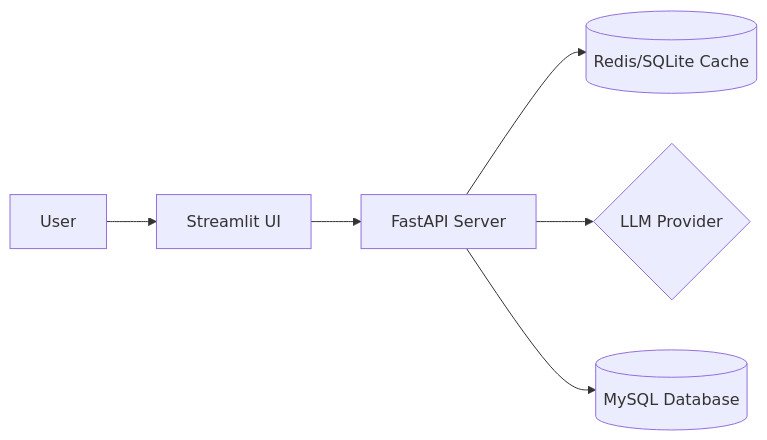
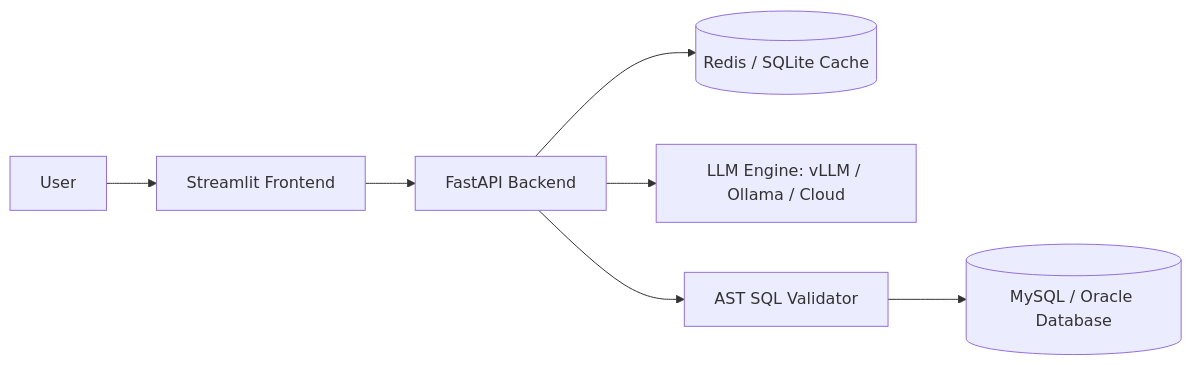
The diagram in README.md (jamrud007/mydb-chatbot), drawn with Mermaid before and after one commit. The commit also changed other lines of this file and 1 other file, not shown here.

````diff
--- a/README.md
+++ b/README.md
@@ -110,8 +23,9 @@
 ```mermaid
 graph LR
-    User[User] --> UI[Streamlit UI]
-    UI --> Backend[FastAPI Server]
-    Backend --> Cache[(Redis/SQLite Cache)]
-    Backend --> LLM{LLM Provider}
-    Backend --> DB[(MySQL Database)]
+    User[User] --> UI[Streamlit Frontend]
+    UI --> API[FastAPI Backend]
+    API --> Cache[(Redis / SQLite Cache)]
+    API --> LLM[LLM Engine: vLLM / Ollama / Cloud]
+    API --> Safety[AST SQL Validator]
+    Safety --> DB[(MySQL / Oracle Database)]
 ```
````
